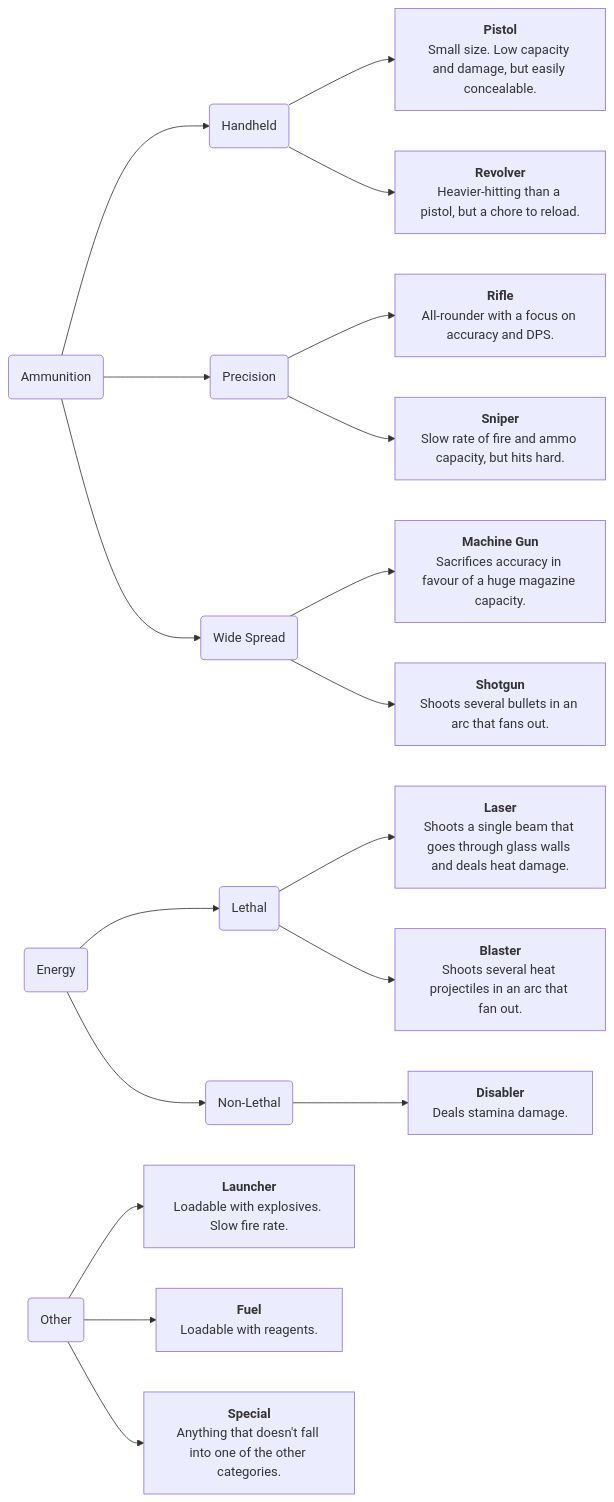
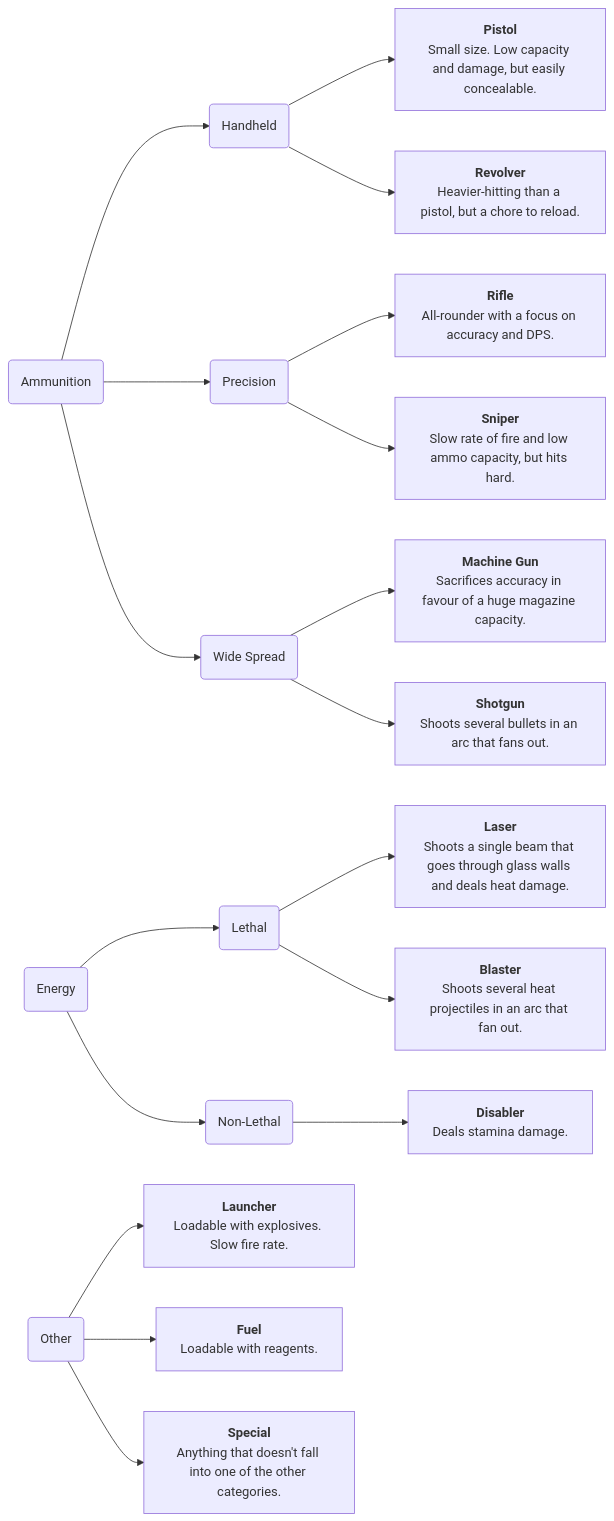
The diagram in docs/Proposals/gun-overhaul.md (syndicate-ss14/docs), drawn with Mermaid before and after one commit.

````diff
--- a/docs/Proposals/gun-overhaul.md
+++ b/docs/Proposals/gun-overhaul.md
@@ -33,32 +33,32 @@
 ```mermaid
 flowchart LR
     A(Ammunition) --> B(Handheld)
     B --> C["`**Pistol**
     Small size. Low capacity and damage, but easily concealable.`"]
     B --> D["`**Revolver**
     Heavier-hitting than a pistol, but a chore to reload.`"]
     A --> E(Precision)
     E --> F["`**Rifle**
     All-rounder with a focus on accuracy and DPS.`"]
     E --> G["`**Sniper**
-    Slow rate of fire and ammo capacity, but hits hard.`"]
+    Slow rate of fire and low ammo capacity, but hits hard.`"]
     A --> H(Wide Spread)
     H --> I["`**Machine Gun**
     Sacrifices accuracy in favour of a huge magazine capacity.`"]
     H --> J["`**Shotgun**
     Shoots several bullets in an arc that fans out.`"]
     K(Energy) --> L(Lethal)
     L --> M["`**Laser**
     Shoots a single beam that goes through glass walls and deals heat damage.`"]
     L --> N["`**Blaster**
     Shoots several heat projectiles in an arc that fan out.`"]
     K --> O(Non-Lethal)
     O --> P["`**Disabler**
     Deals stamina damage.`"]
     Q(Other) --> R["`**Launcher**
     Loadable with explosives. Slow fire rate.`"]
     Q --> S["`**Fuel**
     Loadable with reagents.`"]
     Q --> T["`**Special**
     Anything that doesn't fall into one of the other categories.`"]
 ```
````
